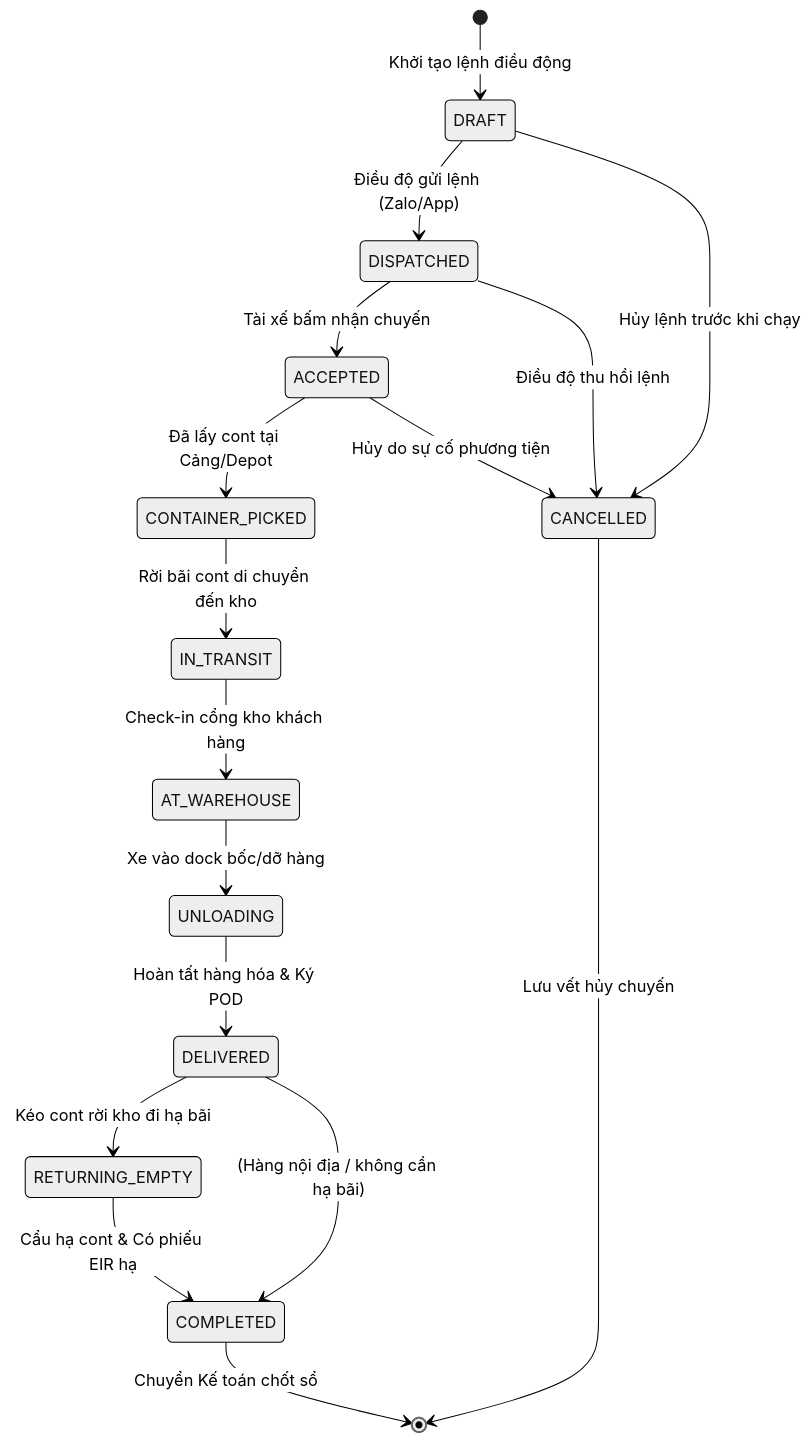
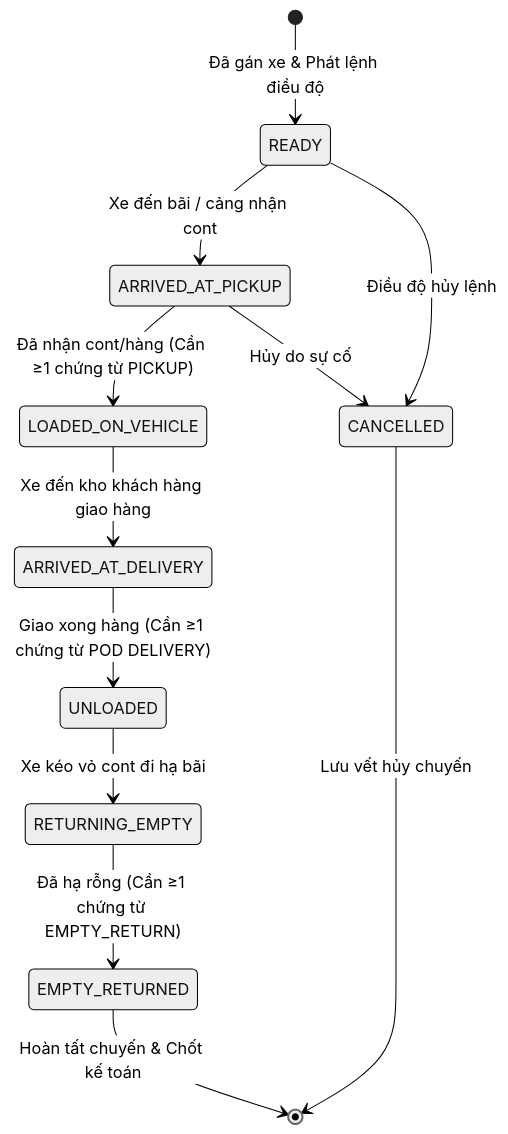
Before and after one commit to hongsonphan/GSS_LOGISTICs: the second of 3 diagrams in docs/02-operational-workflow.md, drawn with Mermaid (neutral theme). The commit also changed other lines of this file and 93 other files, not shown here.

````diff
--- a/docs/02-operational-workflow.md
+++ b/docs/02-operational-workflow.md
@@ -63,25 +63,18 @@
 ```mermaid
 stateDiagram-v2
-    [*] --> DRAFT : Khởi tạo lệnh điều động
-    DRAFT --> DISPATCHED : Điều độ gửi lệnh (Zalo/App)
-    DRAFT --> CANCELLED : Hủy lệnh trước khi chạy
+    [*] --> READY : Đã gán xe & Phát lệnh điều độ
+    READY --> ARRIVED_AT_PICKUP : Xe đến bãi / cảng nhận cont
+    READY --> CANCELLED : Điều độ hủy lệnh
     
-    DISPATCHED --> ACCEPTED : Tài xế bấm nhận chuyến
-    DISPATCHED --> CANCELLED : Điều độ thu hồi lệnh
+    ARRIVED_AT_PICKUP --> LOADED_ON_VEHICLE : Đã nhận cont/hàng (Cần ≥1 chứng từ PICKUP)
+    ARRIVED_AT_PICKUP --> CANCELLED : Hủy do sự cố
     
-    ACCEPTED --> CONTAINER_PICKED : Đã lấy cont tại Cảng/Depot
-    ACCEPTED --> CANCELLED : Hủy do sự cố phương tiện
+    LOADED_ON_VEHICLE --> ARRIVED_AT_DELIVERY : Xe đến kho khách hàng giao hàng
+    ARRIVED_AT_DELIVERY --> UNLOADED : Giao xong hàng (Cần ≥1 chứng từ POD DELIVERY)
     
-    CONTAINER_PICKED --> IN_TRANSIT : Rời bãi cont di chuyển đến kho
-    IN_TRANSIT --> AT_WAREHOUSE : Check-in cổng kho khách hàng
-    AT_WAREHOUSE --> UNLOADING : Xe vào dock bốc/dỡ hàng
-    UNLOADING --> DELIVERED : Hoàn tất hàng hóa & Ký POD
+    UNLOADED --> RETURNING_EMPTY : Xe kéo vỏ cont đi hạ bãi
+    RETURNING_EMPTY --> EMPTY_RETURNED : Đã hạ rỗng (Cần ≥1 chứng từ EMPTY_RETURN)
     
-    DELIVERED --> RETURNING_EMPTY : Kéo cont rời kho đi hạ bãi
-    DELIVERED --> COMPLETED : (Hàng nội địa / không cần hạ bãi)
-    
-    RETURNING_EMPTY --> COMPLETED : Cẩu hạ cont & Có phiếu EIR hạ
-    
-    COMPLETED --> [*] : Chuyển Kế toán chốt sổ
+    EMPTY_RETURNED --> [*] : Hoàn tất chuyến & Chốt kế toán
     CANCELLED --> [*] : Lưu vết hủy chuyến
 ```
````
